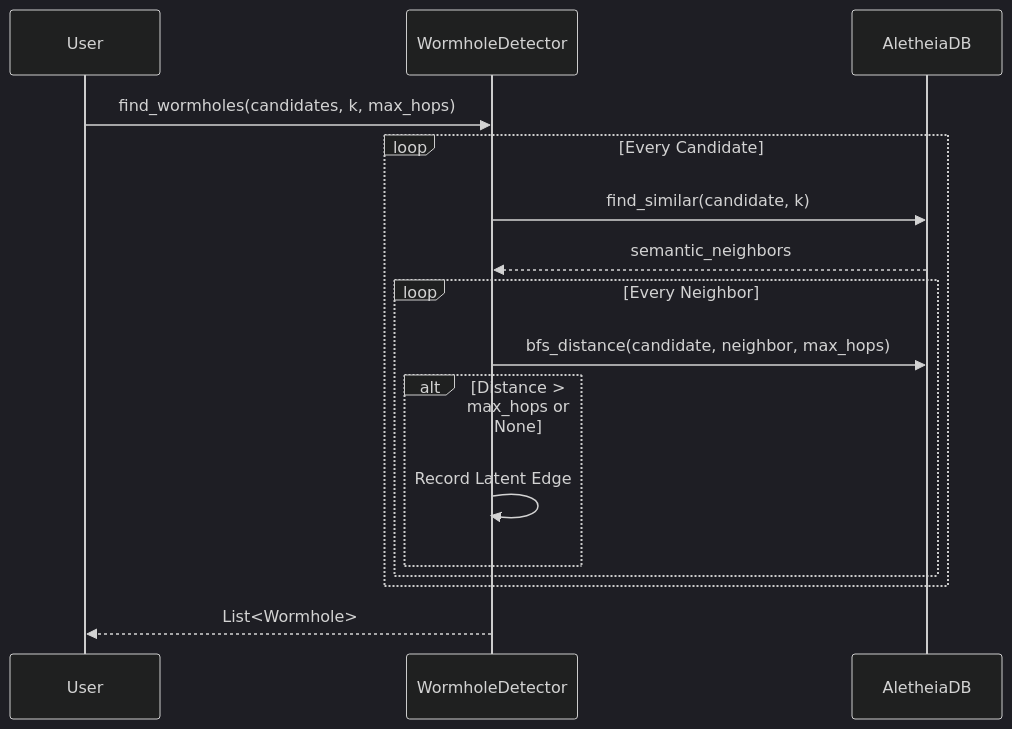
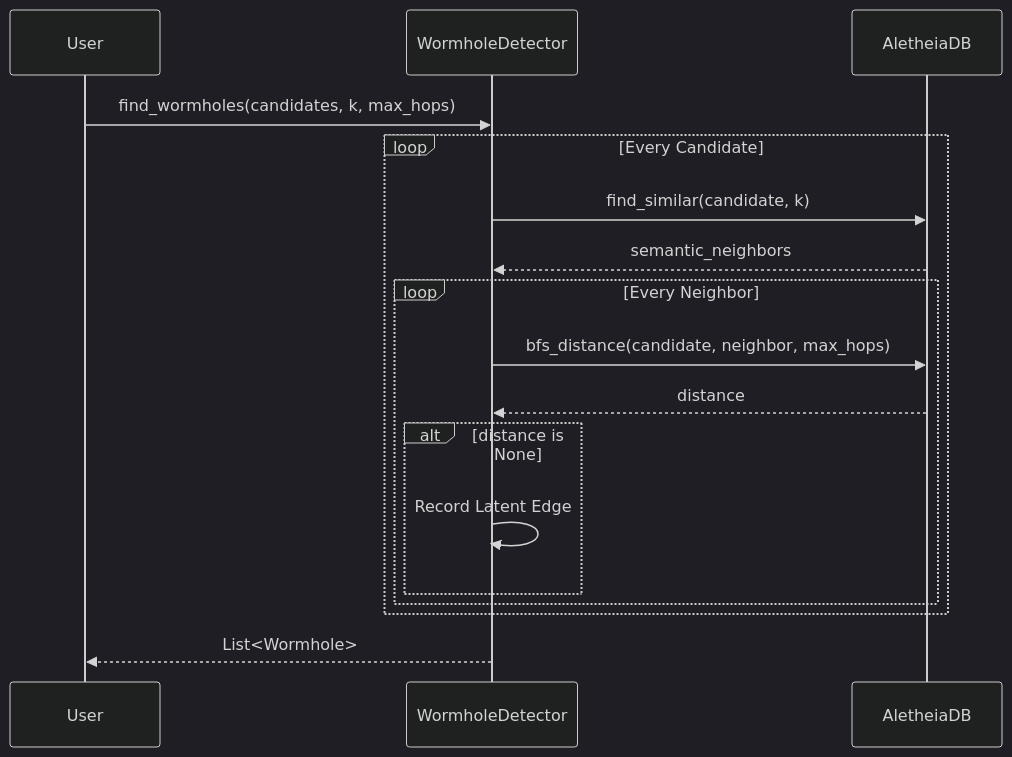
Before and after one commit to autumn-foundation/AletheiaDB: diagram 12 of 13 in docs/ARCHITECTURE.md, drawn with Mermaid (dark theme).

````diff
--- a/docs/ARCHITECTURE.md
+++ b/docs/ARCHITECTURE.md
@@ -308,19 +308,20 @@
 ```mermaid
 sequenceDiagram
     participant User
     participant Wormhole as WormholeDetector
     participant DB as AletheiaDB
 
     User->>Wormhole: find_wormholes(candidates, k, max_hops)
     loop Every Candidate
         Wormhole->>DB: find_similar(candidate, k)
         DB-->>Wormhole: semantic_neighbors
         loop Every Neighbor
             Wormhole->>DB: bfs_distance(candidate, neighbor, max_hops)
-            alt Distance > max_hops or None
+            DB-->>Wormhole: distance
+            alt distance is None
                 Wormhole->>Wormhole: Record Latent Edge
             end
         end
     end
     Wormhole-->>User: List<Wormhole>
 ```
````
